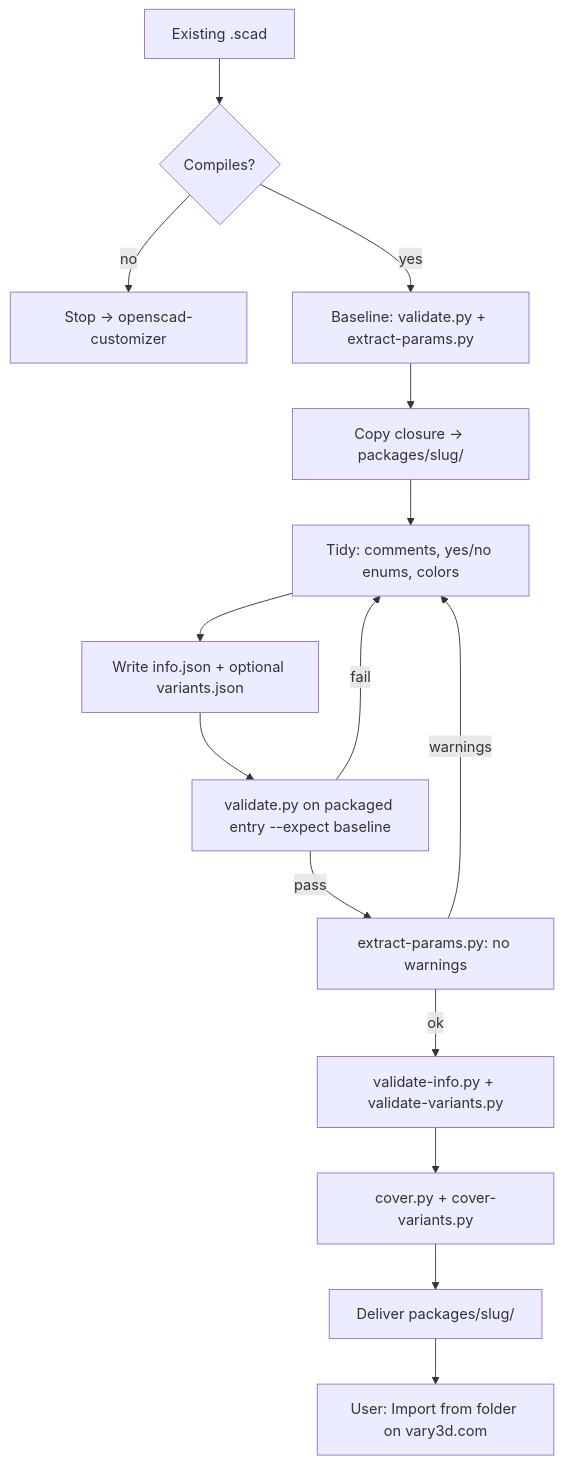
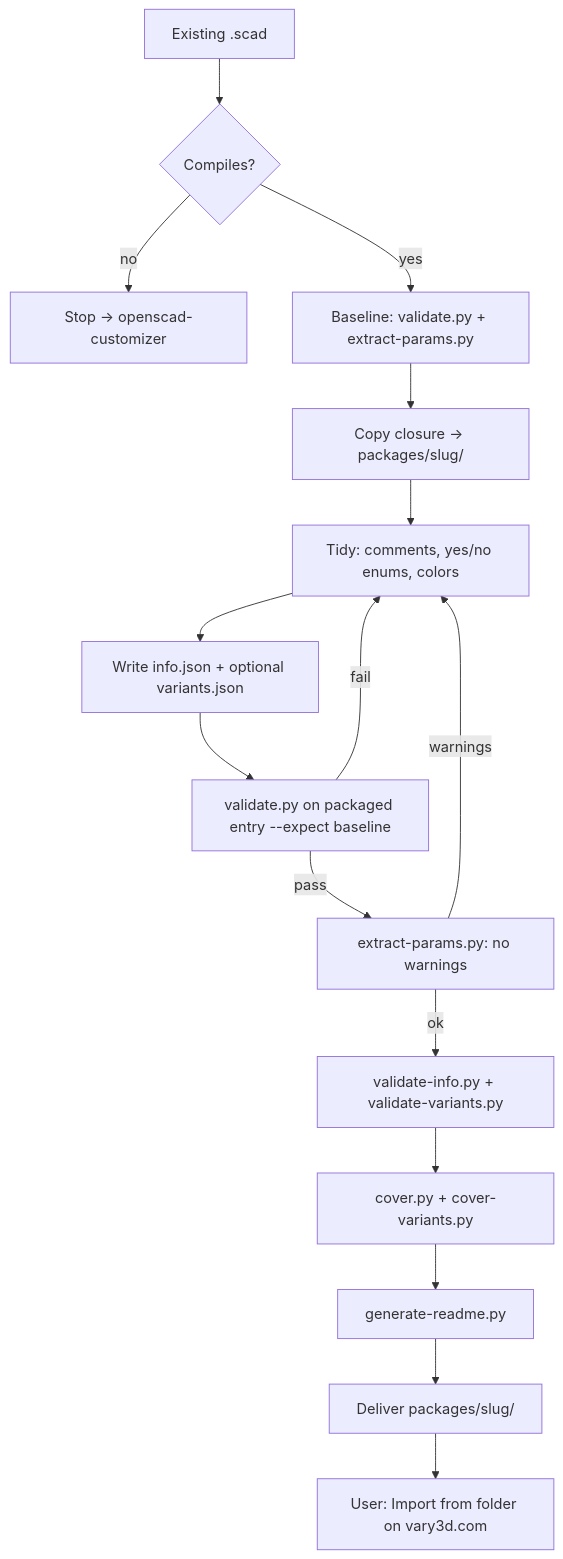
Before and after one commit to vary3d/skills: the diagram in docs/vary3d-package.md, drawn with Mermaid. The commit also changed other lines of this file and 27 other files, not shown here.

````diff
--- a/docs/vary3d-package.md
+++ b/docs/vary3d-package.md
@@ -48,19 +48,20 @@
 ```mermaid
 flowchart TD
     A[Existing .scad] --> B{Compiles?}
     B -->|no| B1[Stop → openscad-customizer]
     B -->|yes| C[Baseline: validate.py + extract-params.py]
 
     C --> D[Copy closure → packages/slug/]
     D --> E[Tidy: comments, yes/no enums, colors]
     E --> F[Write info.json + optional variants.json]
 
     F --> G[validate.py on packaged entry --expect baseline]
     G -->|fail| E
     G -->|pass| P[extract-params.py: no warnings]
     P -->|warnings| E
     P -->|ok| I[validate-info.py + validate-variants.py]
     I --> H[cover.py + cover-variants.py]
-    H --> J[Deliver packages/slug/]
+    H --> R[generate-readme.py]
+    R --> J[Deliver packages/slug/]
     J --> K[User: Import from folder on vary3d.com]
 ```
````
